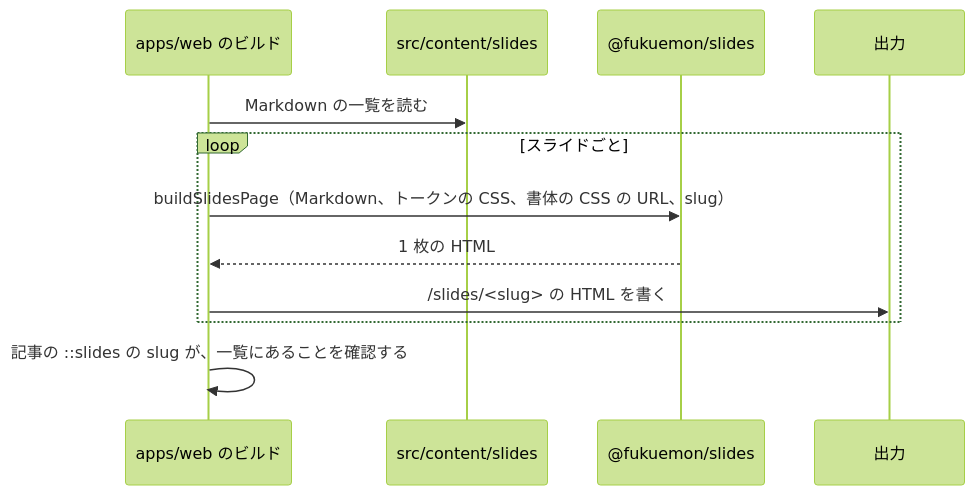
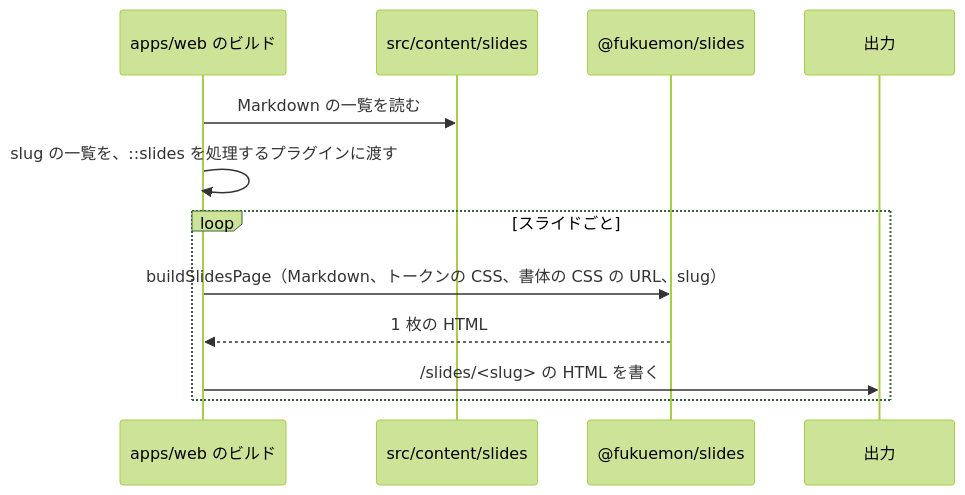
Before and after one commit to Fukuemon/fukuemon.dev: the fourth of 4 diagrams in design/features/slides/DesignDoc.md, drawn with Mermaid (forest theme). The commit also changed other lines of this file and 1 other file, not shown here.

````diff
--- a/design/features/slides/DesignDoc.md
+++ b/design/features/slides/DesignDoc.md
@@ -297,15 +303,15 @@
 ```mermaid
 sequenceDiagram
   participant B as apps/web のビルド
   participant F as src/content/slides
   participant S as @fukuemon/slides
   participant O as 出力
 
   B->>F: Markdown の一覧を読む
+  B->>B: slug の一覧を、::slides を処理するプラグインに渡す
   loop スライドごと
     B->>S: buildSlidesPage（Markdown、トークンの CSS、書体の CSS の URL、slug）
     S-->>B: 1 枚の HTML
     B->>O: /slides/<slug> の HTML を書く
   end
-  B->>B: 記事の ::slides の slug が、一覧にあることを確認する
 ```
````
